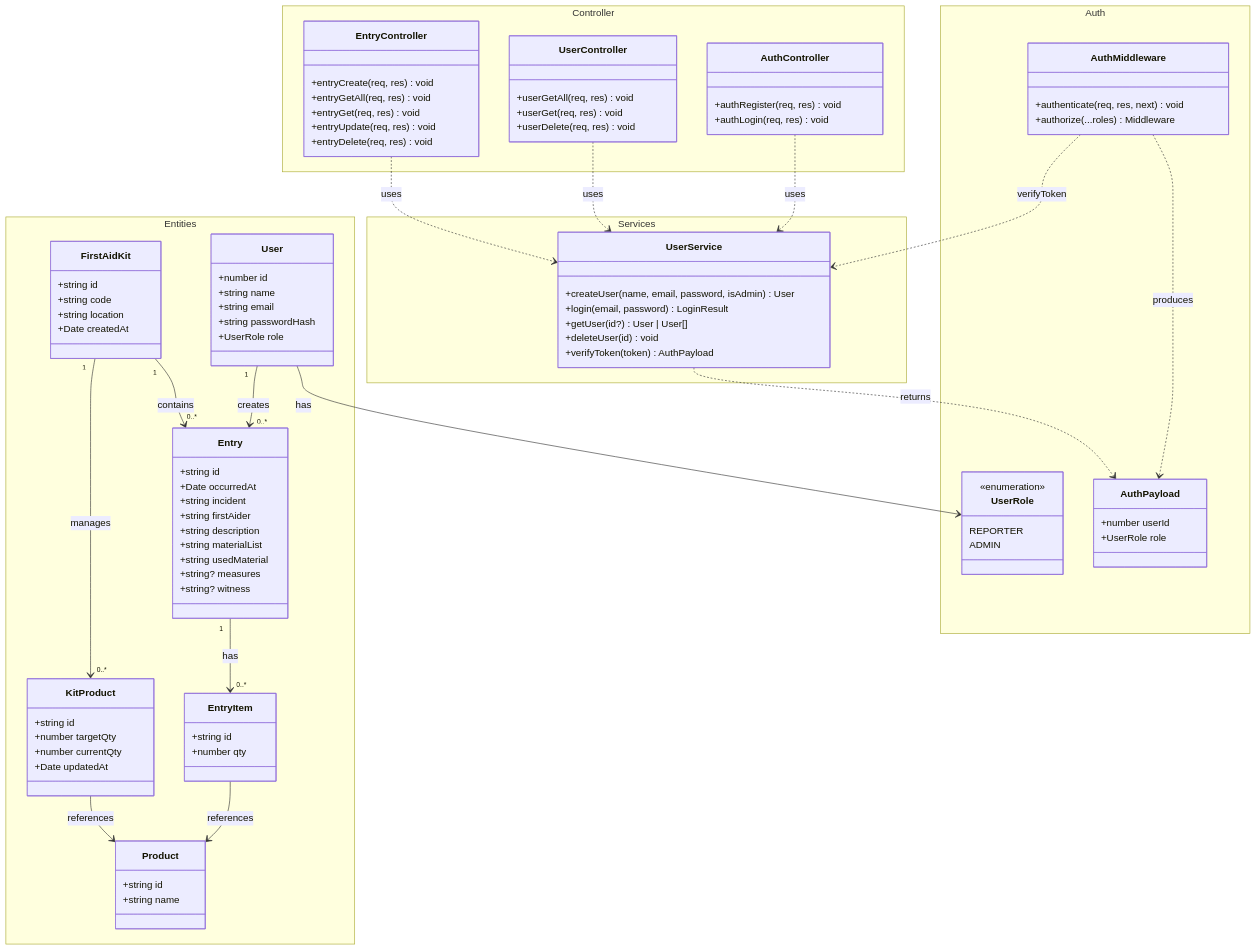
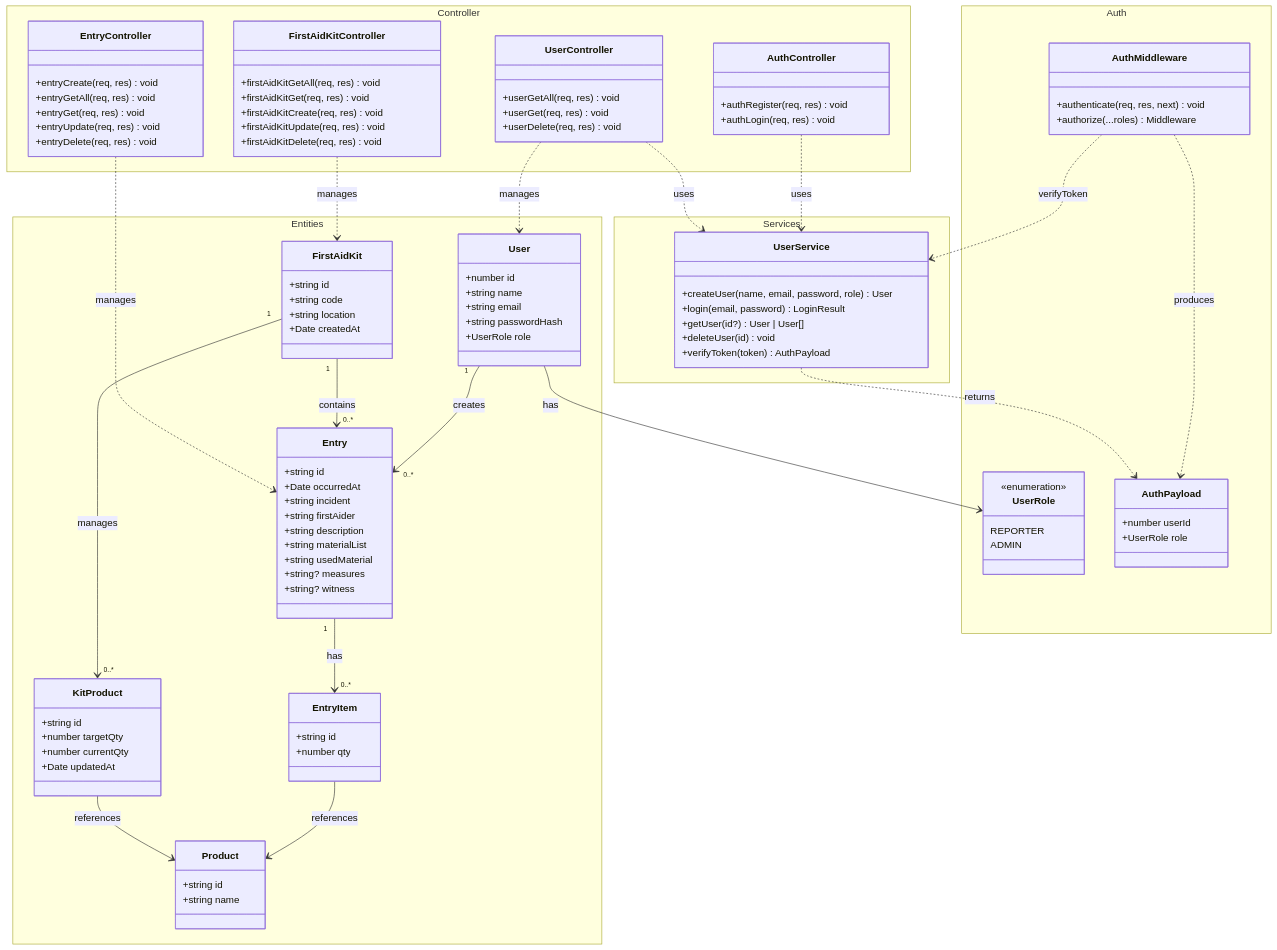
One commit to lenzer01/verband-backend changed the diagram in classDiagram.mmd. Above: the diagram before and after it, drawn with Mermaid.

Commit message:
feat: update UserService to use role in createUser method and add FirstAidKitController with CRUD operations

```diff
--- a/classDiagram.mmd
+++ b/classDiagram.mmd
@@ -1,115 +1,125 @@
 classDiagram
 
 namespace Entities {
     class User {
         +number id
         +string name
         +string email
         +string passwordHash
         +UserRole role
     }
 
     class FirstAidKit {
         +string id
         +string code
         +string location
         +Date createdAt
     }
 
     class Entry {
         +string id
         +Date occurredAt
         +string incident
         +string firstAider
         +string description
         +string materialList
         +string usedMaterial
         +string? measures
         +string? witness
     }
 
     class EntryItem {
         +string id
         +number qty
     }
 
     class Product {
         +string id
         +string name
     }
 
     class KitProduct {
         +string id
         +number targetQty
         +number currentQty
         +Date updatedAt
     }
 }
 
 namespace Auth {
     class UserRole {
         <<enumeration>>
         REPORTER
         ADMIN
     }
 
     class AuthPayload {
         +number userId
         +UserRole role
     }
 
     class AuthMiddleware {
         +authenticate(req, res, next) void
         +authorize(...roles) Middleware
     }
 }
 
 namespace Services {
     class UserService {
-        +createUser(name, email, password, isAdmin) User
+        +createUser(name, email, password, role) User
         +login(email, password) LoginResult
         +getUser(id?) User | User[]
         +deleteUser(id) void
         +verifyToken(token) AuthPayload
     }
 }
 
 namespace Controller {
     class AuthController {
         +authRegister(req, res) void
         +authLogin(req, res) void
     }
 
     class UserController {
         +userGetAll(req, res) void
         +userGet(req, res) void
         +userDelete(req, res) void
     }
 
     class EntryController {
         +entryCreate(req, res) void
         +entryGetAll(req, res) void
         +entryGet(req, res) void
         +entryUpdate(req, res) void
         +entryDelete(req, res) void
     }
+
+    class FirstAidKitController {
+        +firstAidKitGetAll(req, res) void
+        +firstAidKitGet(req, res) void
+        +firstAidKitCreate(req, res) void
+        +firstAidKitUpdate(req, res) void
+        +firstAidKitDelete(req, res) void
+    }
 }
 
 %% ─── Entity Relationships ───────────────────────────────────
 User "1" --> "0..*" Entry : creates
 FirstAidKit "1" --> "0..*" Entry : contains
 Entry "1" --> "0..*" EntryItem : has
 EntryItem --> Product : references
 FirstAidKit "1" --> "0..*" KitProduct : manages
 KitProduct --> Product : references
 
 %% ─── Layer Dependencies ──────────────────────────────────────
 AuthController ..> UserService : uses
 UserController ..> UserService : uses
-EntryController ..> UserService : uses
+UserController ..> User : manages
+EntryController ..> Entry : manages
+FirstAidKitController ..> FirstAidKit : manages
 
 AuthMiddleware ..> UserService : verifyToken
 AuthMiddleware ..> AuthPayload : produces
 
 UserService ..> AuthPayload : returns
 User --> UserRole : has
```
